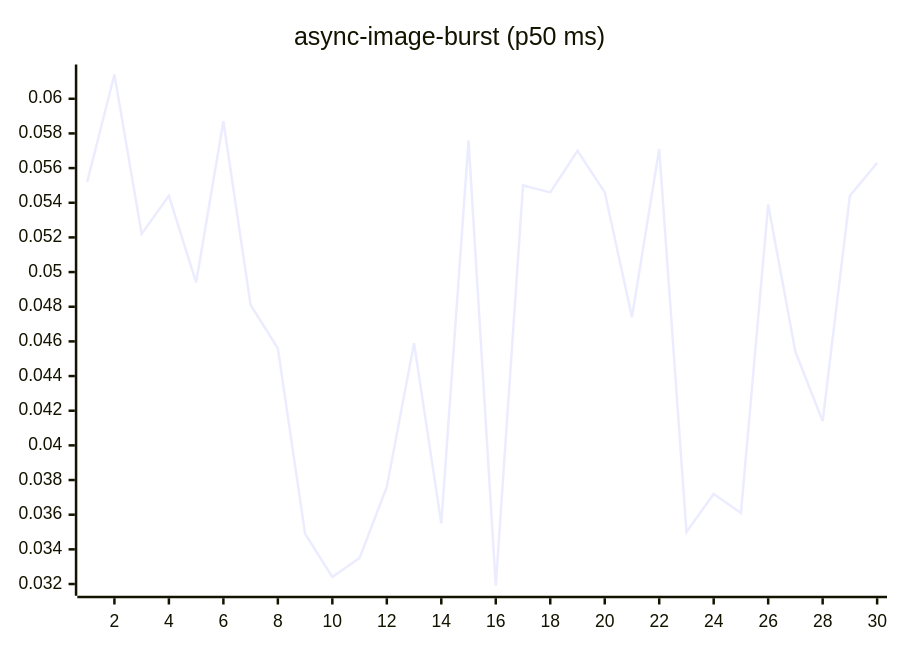
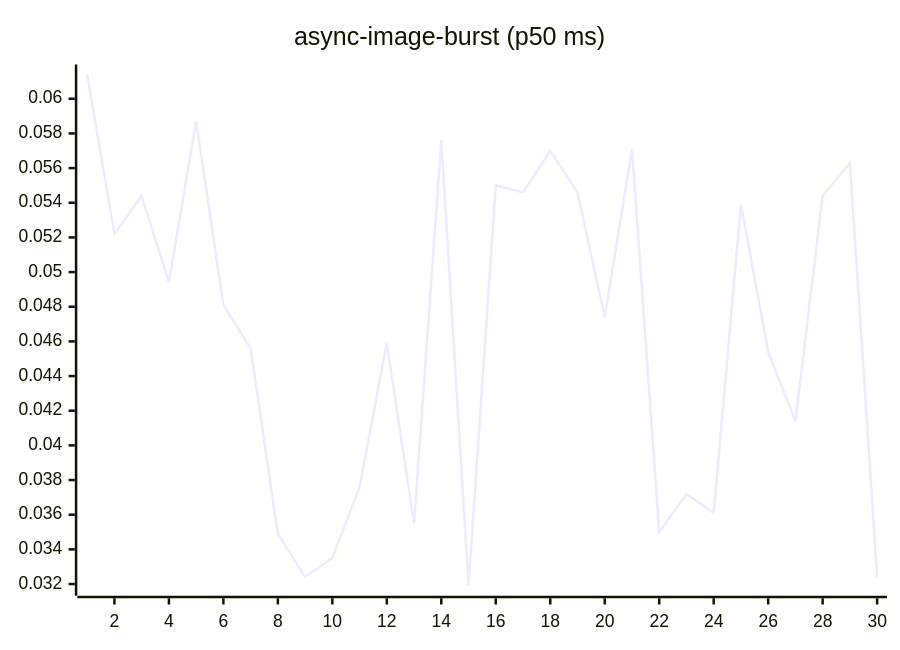
The fourth of 27 diagrams in README.md (josha/Facet), drawn with Mermaid before and after one commit. The commit also changed other lines of this file and 2 other files, not shown here.

````diff
--- a/README.md
+++ b/README.md
@@ -84,6 +84,6 @@
 ```mermaid
 xychart-beta
     title "async-image-burst (p50 ms)"
     x-axis 1 --> 30
-    line [0.0552, 0.0614, 0.0522, 0.0544, 0.0494, 0.0587, 0.0481, 0.0456, 0.0349, 0.0324, 0.0335, 0.0376, 0.0459, 0.0355, 0.0576, 0.0319, 0.0550, 0.0546, 0.0570, 0.0546, 0.0474, 0.0571, 0.0350, 0.0372, 0.0361, 0.0539, 0.0454, 0.0414, 0.0544, 0.0563]
+    line [0.0614, 0.0522, 0.0544, 0.0494, 0.0587, 0.0481, 0.0456, 0.0349, 0.0324, 0.0335, 0.0376, 0.0459, 0.0355, 0.0576, 0.0319, 0.0550, 0.0546, 0.0570, 0.0546, 0.0474, 0.0571, 0.0350, 0.0372, 0.0361, 0.0539, 0.0454, 0.0414, 0.0544, 0.0563, 0.0324]
 ```
````
